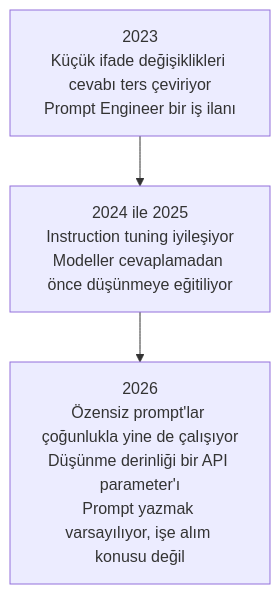
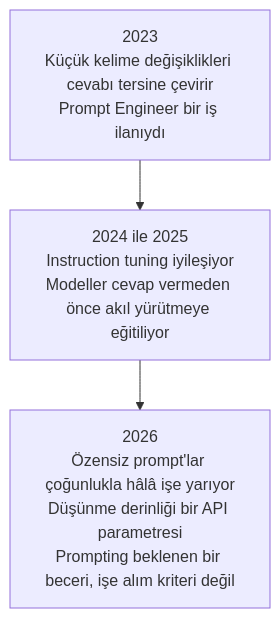
One commit to lokumai/ai-engineering-bazaar changed the first of 2 diagrams in mini-courses/2_intermediate/prompt_engineering_tr.md. Above: the diagram before and after it, drawn with Mermaid. The commit also changed other lines of this file and 63 other files, not shown here.

````diff
--- a/mini-courses/2_intermediate/prompt_engineering_tr.md
+++ b/mini-courses/2_intermediate/prompt_engineering_tr.md
@@ -83,5 +57,5 @@
 ```mermaid
 graph TD
-    A["2023<br/>Küçük ifade değişiklikleri cevabı ters çeviriyor<br/>Prompt Engineer bir iş ilanı"] --> B["2024 ile 2025<br/>Instruction tuning iyileşiyor<br/>Modeller cevaplamadan önce düşünmeye eğitiliyor"]
-    B --> C["2026<br/>Özensiz prompt'lar çoğunlukla yine de çalışıyor<br/>Düşünme derinliği bir API parameter'ı<br/>Prompt yazmak varsayılıyor, işe alım konusu değil"]
+    A["2023<br/>Küçük kelime değişiklikleri cevabı tersine çevirir<br/>Prompt Engineer bir iş ilanıydı"] --> B["2024 ile 2025<br/>Instruction tuning iyileşiyor<br/>Modeller cevap vermeden önce akıl yürütmeye eğitiliyor"]
+    B --> C["2026<br/>Özensiz prompt'lar çoğunlukla hâlâ işe yarıyor<br/>Düşünme derinliği bir API parametresi<br/>Prompting beklenen bir beceri, işe alım kriteri değil"]
 ```
````
